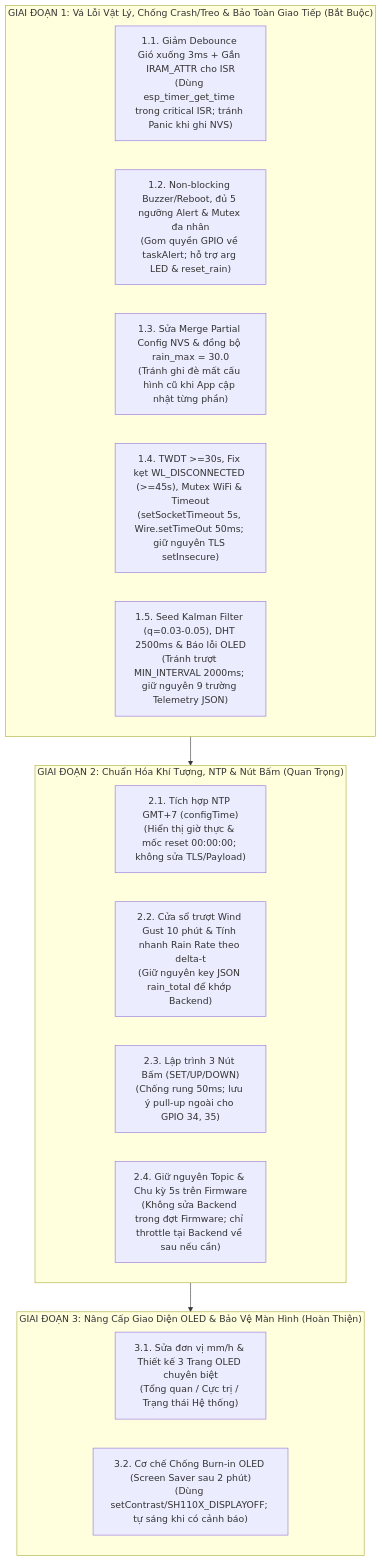
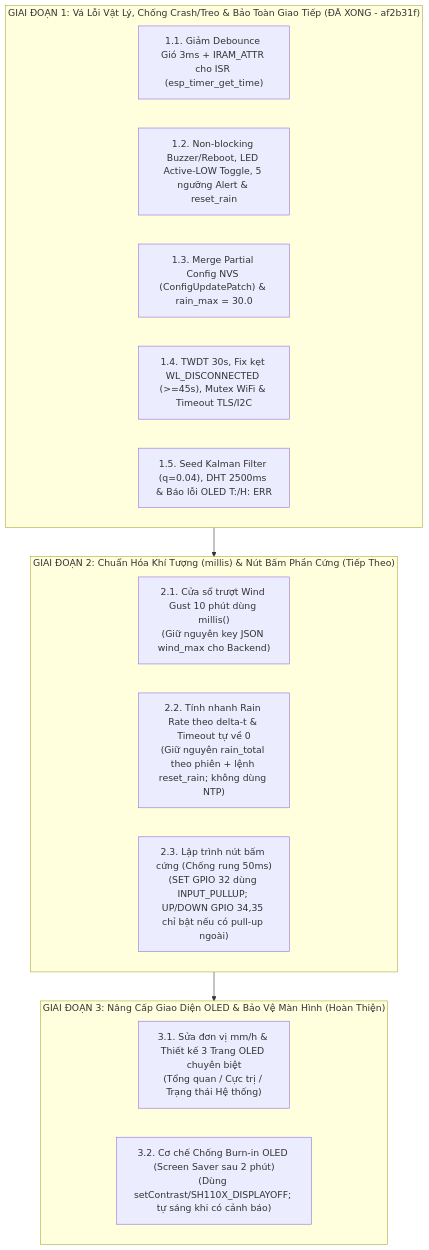
The diagram in docs/FIRMWARE_REFINEMENT_PLAN.md (DuongAn15/IoT-project), drawn with Mermaid before and after one commit. The commit also changed other lines of this file, not shown here.

Commit message:
docs(plan): update firmware refinement plan with Phase 1 completion details and NTP removal

````diff
--- a/docs/FIRMWARE_REFINEMENT_PLAN.md
+++ b/docs/FIRMWARE_REFINEMENT_PLAN.md
@@ -286,24 +284,23 @@
 ```mermaid
 flowchart TD
-    subgraph G1["GIAI ĐOẠN 1: Vá Lỗi Vật Lý, Chống Crash/Treo & Bảo Toàn Giao Tiếp (Bắt Buộc)"]
-        A1["1.1. Giảm Debounce Gió xuống 3ms + Gắn IRAM_ATTR cho ISR<br/>(Dùng esp_timer_get_time trong critical ISR; tránh Panic khi ghi NVS)"]
-        A2["1.2. Non-blocking Buzzer/Reboot, đủ 5 ngưỡng Alert & Mutex đa nhân<br/>(Gom quyền GPIO về taskAlert; hỗ trợ arg LED & reset_rain)"]
-        A3["1.3. Sửa Merge Partial Config NVS & đồng bộ rain_max = 30.0<br/>(Tránh ghi đè mất cấu hình cũ khi App cập nhật từng phần)"]
-        A4["1.4. TWDT >=30s, Fix kẹt WL_DISCONNECTED (>=45s), Mutex WiFi & Timeout<br/>(setSocketTimeout 5s, Wire.setTimeOut 50ms; giữ nguyên TLS setInsecure)"]
-        A5["1.5. Seed Kalman Filter (q=0.03-0.05), DHT 2500ms & Báo lỗi OLED<br/>(Tránh trượt MIN_INTERVAL 2000ms; giữ nguyên 9 trường Telemetry JSON)"]
+    subgraph G1["GIAI ĐOẠN 1: Vá Lỗi Vật Lý, Chống Crash/Treo & Bảo Toàn Giao Tiếp (ĐÃ XONG - af2b31f)"]
+        A1["1.1. Giảm Debounce Gió 3ms + IRAM_ATTR cho ISR (esp_timer_get_time)"]
+        A2["1.2. Non-blocking Buzzer/Reboot, LED Active-LOW Toggle, 5 ngưỡng Alert & reset_rain"]
+        A3["1.3. Merge Partial Config NVS (ConfigUpdatePatch) & rain_max = 30.0"]
+        A4["1.4. TWDT 30s, Fix kẹt WL_DISCONNECTED (>=45s), Mutex WiFi & Timeout TLS/I2C"]
+        A5["1.5. Seed Kalman Filter (q=0.04), DHT 2500ms & Báo lỗi OLED T:/H: ERR"]
     end
 
-    subgraph G2["GIAI ĐOẠN 2: Chuẩn Hóa Khí Tượng, NTP & Nút Bấm (Quan Trọng)"]
-        B1["2.1. Tích hợp NTP GMT+7 (configTime)<br/>(Hiển thị giờ thực & mốc reset 00:00:00; không sửa TLS/Payload)"]
-        B2["2.2. Cửa sổ trượt Wind Gust 10 phút & Tính nhanh Rain Rate theo delta-t<br/>(Giữ nguyên key JSON rain_total để khớp Backend)"]
-        B3["2.3. Lập trình 3 Nút Bấm (SET/UP/DOWN)<br/>(Chống rung 50ms; lưu ý pull-up ngoài cho GPIO 34, 35)"]
-        B4["2.4. Giữ nguyên Topic & Chu kỳ 5s trên Firmware<br/>(Không sửa Backend trong đợt Firmware; chỉ throttle tại Backend về sau nếu cần)"]
+    subgraph G2["GIAI ĐOẠN 2: Chuẩn Hóa Khí Tượng (millis) & Nút Bấm Phần Cứng (Tiếp Theo)"]
+        B1["2.1. Cửa sổ trượt Wind Gust 10 phút dùng millis()<br/>(Giữ nguyên key JSON wind_max cho Backend)"]
+        B2["2.2. Tính nhanh Rain Rate theo delta-t & Timeout tự về 0<br/>(Giữ nguyên rain_total theo phiên + lệnh reset_rain; không dùng NTP)"]
+        B3["2.3. Lập trình nút bấm cứng (Chống rung 50ms)<br/>(SET GPIO 32 dùng INPUT_PULLUP; UP/DOWN GPIO 34,35 chỉ bật nếu có pull-up ngoài)"]
     end
 
     subgraph G3["GIAI ĐOẠN 3: Nâng Cấp Giao Diện OLED & Bảo Vệ Màn Hình (Hoàn Thiện)"]
         C1["3.1. Sửa đơn vị mm/h & Thiết kế 3 Trang OLED chuyên biệt<br/>(Tổng quan / Cực trị / Trạng thái Hệ thống)"]
         C2["3.2. Cơ chế Chống Burn-in OLED (Screen Saver sau 2 phút)<br/>(Dùng setContrast/SH110X_DISPLAYOFF; tự sáng khi có cảnh báo)"]
     end
 
     G1 --> G2 --> G3
 ```
````
